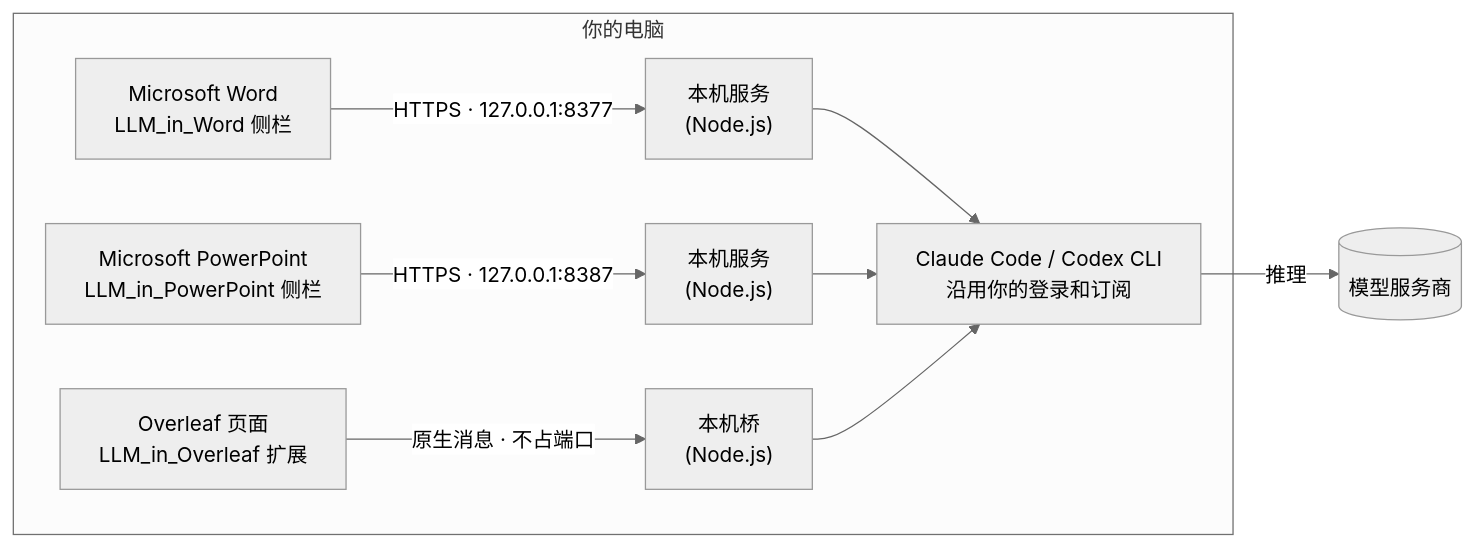
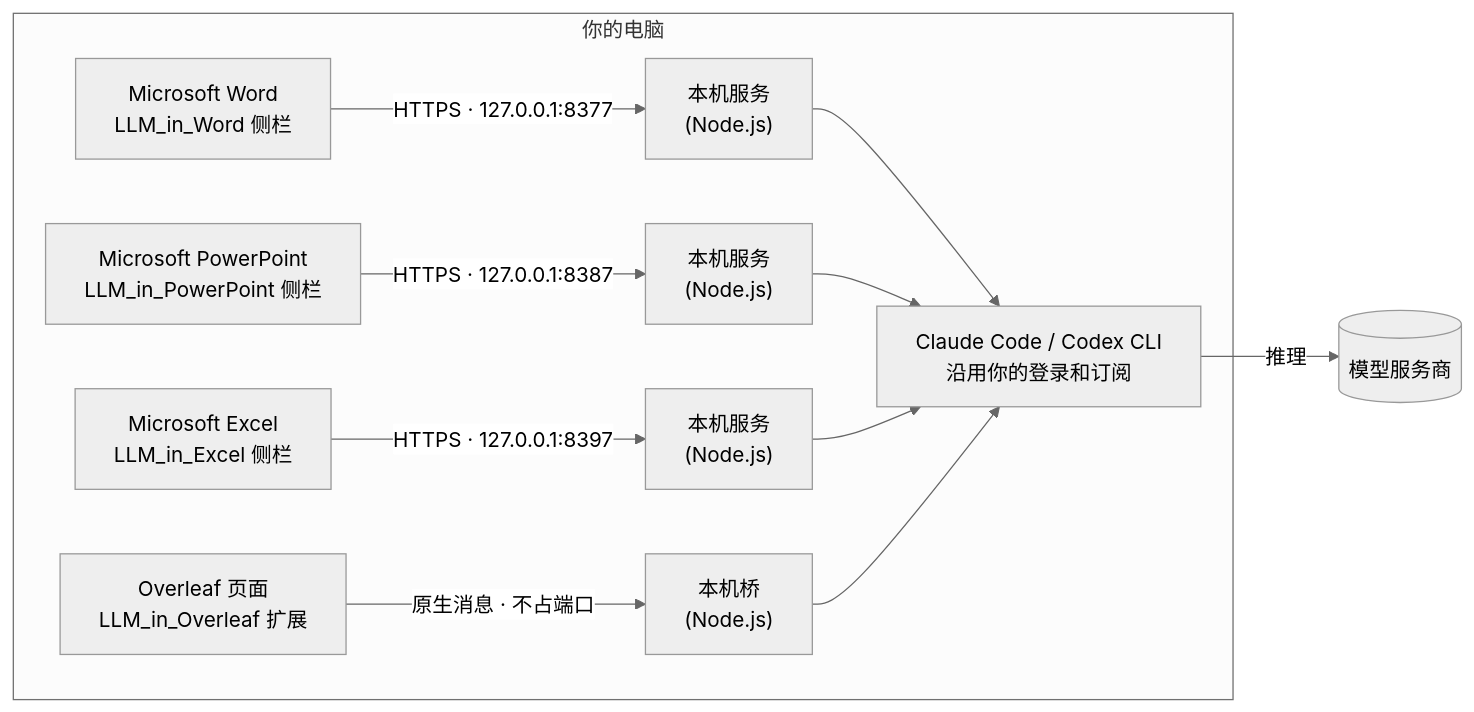
Before and after one commit to ZJU-OmniAI/LLM_in_Work: the diagram in README.zh-CN.md, drawn with Mermaid (neutral theme). The commit also changed other lines of this file and 59 other files, not shown here.

First line of the commit message:
Add LLM_in_Excel for editing cells with formats and data types kept

````diff
--- a/README.zh-CN.md
+++ b/README.zh-CN.md
@@ -80,12 +89,14 @@
 ```mermaid
 flowchart LR
   subgraph PC["你的电脑"]
     W["Microsoft Word<br/>LLM_in_Word 侧栏"] -- "HTTPS · 127.0.0.1:8377" --> S["本机服务<br/>(Node.js)"]
     PP["Microsoft PowerPoint<br/>LLM_in_PowerPoint 侧栏"] -- "HTTPS · 127.0.0.1:8387" --> SP["本机服务<br/>(Node.js)"]
+    X["Microsoft Excel<br/>LLM_in_Excel 侧栏"] -- "HTTPS · 127.0.0.1:8397" --> SX["本机服务<br/>(Node.js)"]
     O["Overleaf 页面<br/>LLM_in_Overleaf 扩展"] -- "原生消息 · 不占端口" --> H["本机桥<br/>(Node.js)"]
     S --> C["Claude Code / Codex CLI<br/>沿用你的登录和订阅"]
     SP --> C
+    SX --> C
     H --> C
   end
   C -- "推理" --> P[("模型服务商")]
 ```
````
